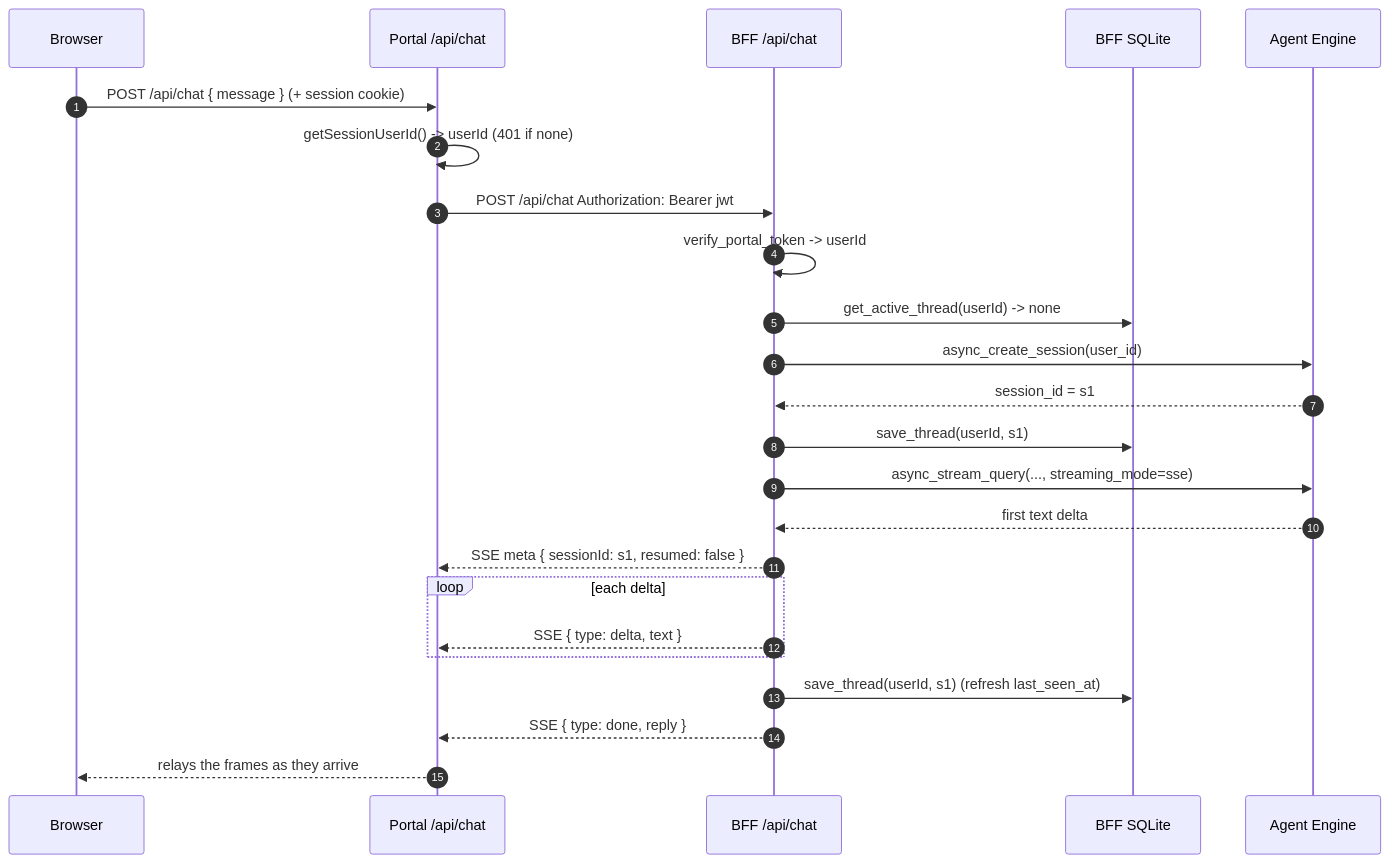
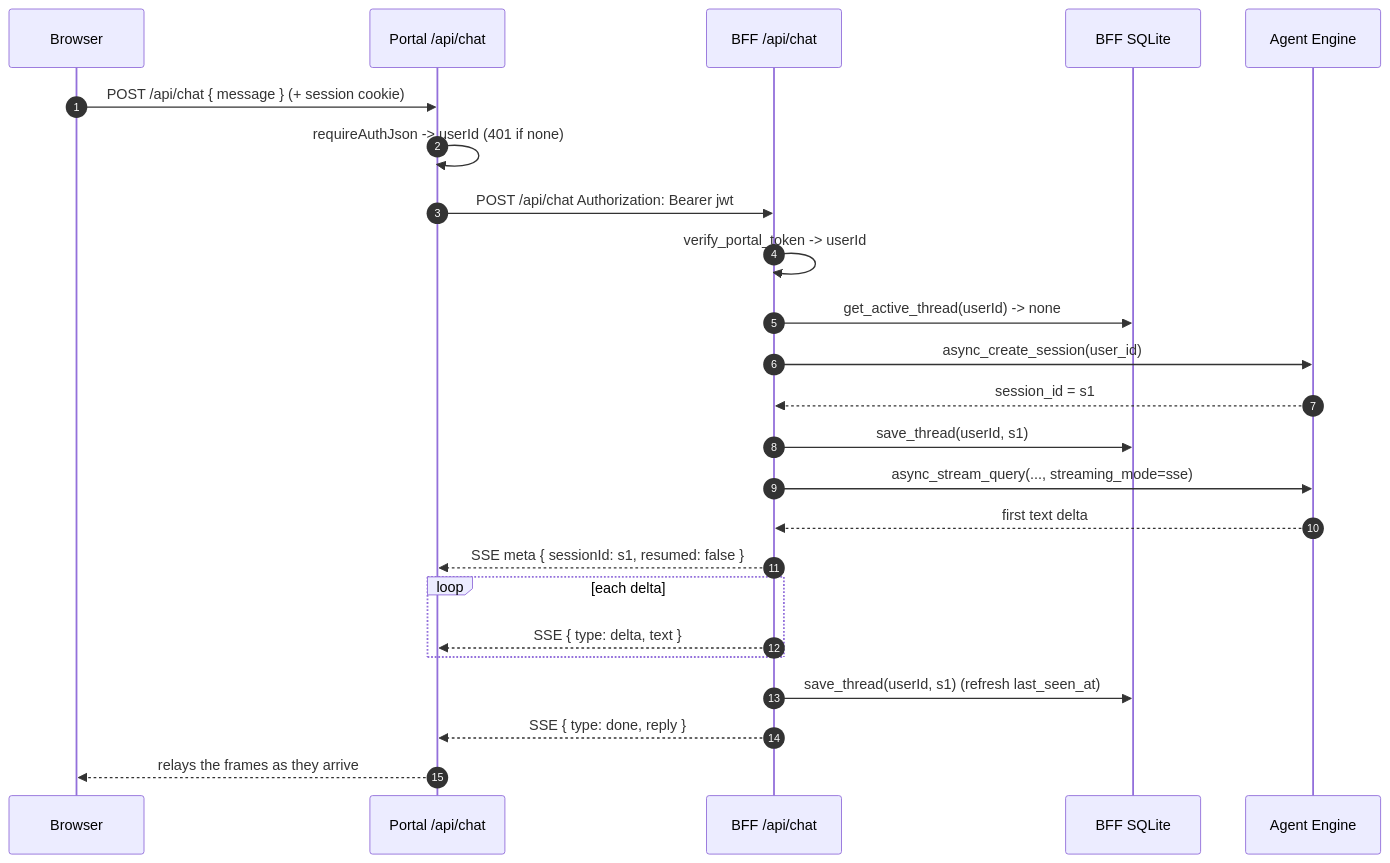
Before and after one commit to akashh94/akapal-geap-chat-portal: the second of 6 diagrams in docs/03-flows.md, drawn with Mermaid. The commit also changed other lines of this file and 7 other files, not shown here.

````diff
--- a/docs/03-flows.md
+++ b/docs/03-flows.md
@@ -48,27 +48,27 @@
 ```mermaid
 sequenceDiagram
   autonumber
   participant U as Browser
   participant P as Portal /api/chat
   participant B as BFF /api/chat
   participant DB as BFF SQLite
   participant A as Agent Engine
 
   U->>P: POST /api/chat { message }  (+ session cookie)
-  P->>P: getSessionUserId() -> userId (401 if none)
+  P->>P: requireAuthJson -> userId (401 if none)
   P->>B: POST /api/chat Authorization: Bearer jwt
   B->>B: verify_portal_token -> userId
   B->>DB: get_active_thread(userId) -> none
   B->>A: async_create_session(user_id)
   A-->>B: session_id = s1
   B->>DB: save_thread(userId, s1)
   B->>A: async_stream_query(..., streaming_mode=sse)
   A-->>B: first text delta
   B-->>P: SSE meta { sessionId: s1, resumed: false }
   loop each delta
     B-->>P: SSE { type: delta, text }
   end
   B->>DB: save_thread(userId, s1)  (refresh last_seen_at)
   B-->>P: SSE { type: done, reply }
   P-->>U: relays the frames as they arrive
 ```
````
